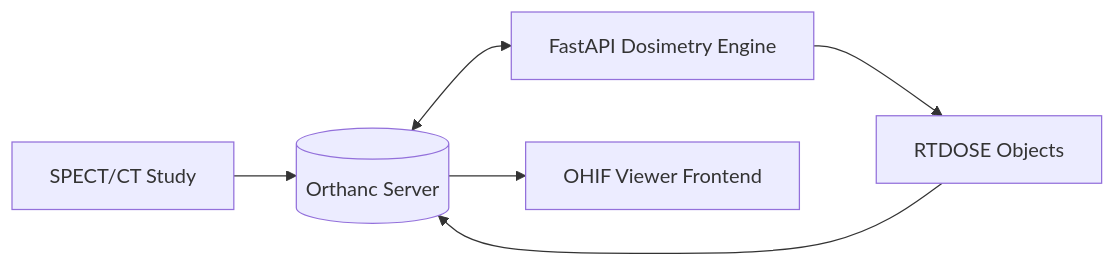
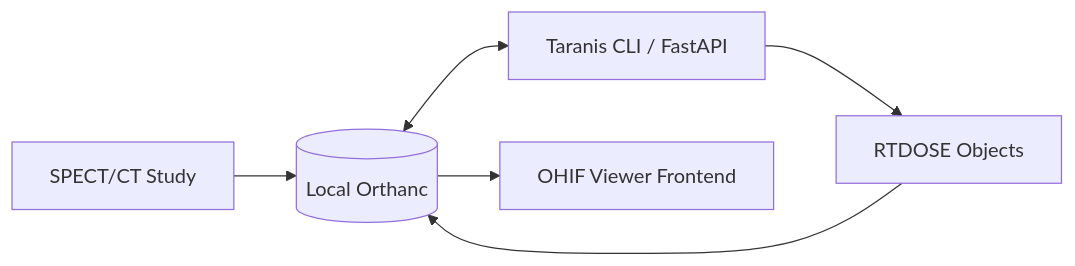
Before and after one commit to drlighthunter/Radioembolization-dosimetry-standalone-temp: the diagram in README.md, drawn with Mermaid. The commit also changed other lines of this file, not shown here.

Commit message:
Update README to reflect Homebrew-first deployment and CLI architecture

````diff
--- a/README.md
+++ b/README.md
@@ -24,8 +24,8 @@
 ```mermaid
 graph LR
-    DICOM[SPECT/CT Study] --> Orthanc[(Orthanc Server)]
-    Orthanc <--> Backend[FastAPI Dosimetry Engine]
+    DICOM[SPECT/CT Study] --> Orthanc[(Local Orthanc)]
+    Orthanc <--> Backend[Taranis CLI / FastAPI]
     Backend --> Results[RTDOSE Objects]
     Results --> Orthanc
     Orthanc --> OHIF[OHIF Viewer Frontend]
 ```
````
